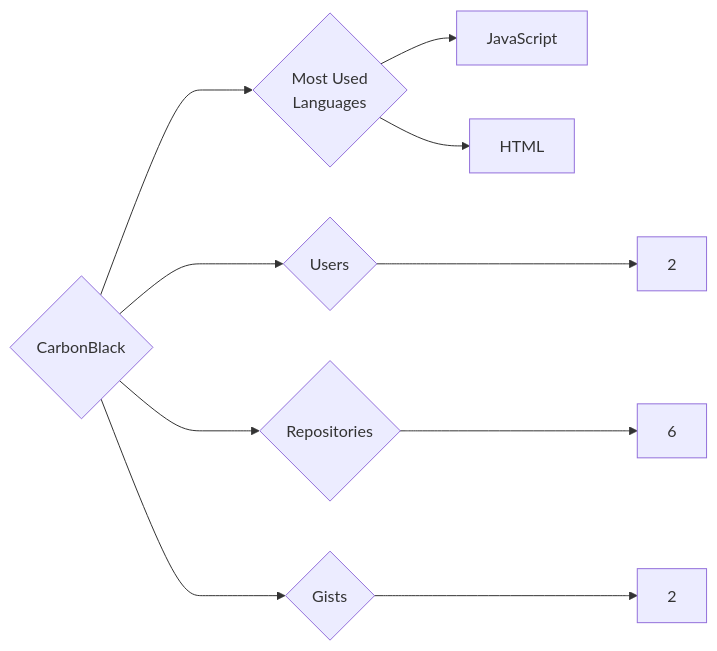
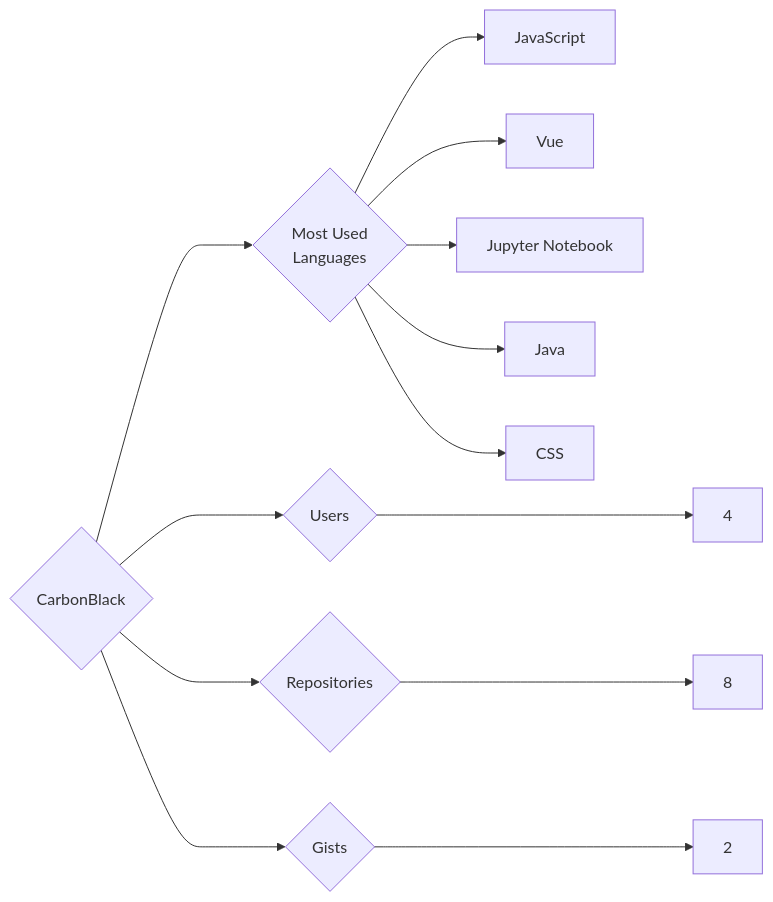
Before and after one commit to trickest/insiders: the diagram in targets/CarbonBlack/README.md, drawn with Mermaid. The commit also changed 1088 other files, not shown here.

````diff
--- a/targets/CarbonBlack/README.md
+++ b/targets/CarbonBlack/README.md
@@ -3,10 +3,13 @@
 ```mermaid
 graph LR
 COMPANY_NAME{CarbonBlack}
-COMPANY_NAME ---> U{Users} ---> UN[2]
-COMPANY_NAME ---> R{Repositories} ---> RN[6]
+COMPANY_NAME ---> U{Users} ---> UN[4]
+COMPANY_NAME ---> R{Repositories} ---> RN[8]
 COMPANY_NAME ---> G{Gists} ---> GN[2]
 COMPANY_NAME ---> ML{Most Used<br>Languages}
 ML --> JavaScript[JavaScript]
-ML --> HTML[HTML]
+ML --> Vue[Vue]
+ML --> Jupyter_Notebook[Jupyter Notebook]
+ML --> Java[Java]
+ML --> CSS[CSS]
 ```
````
